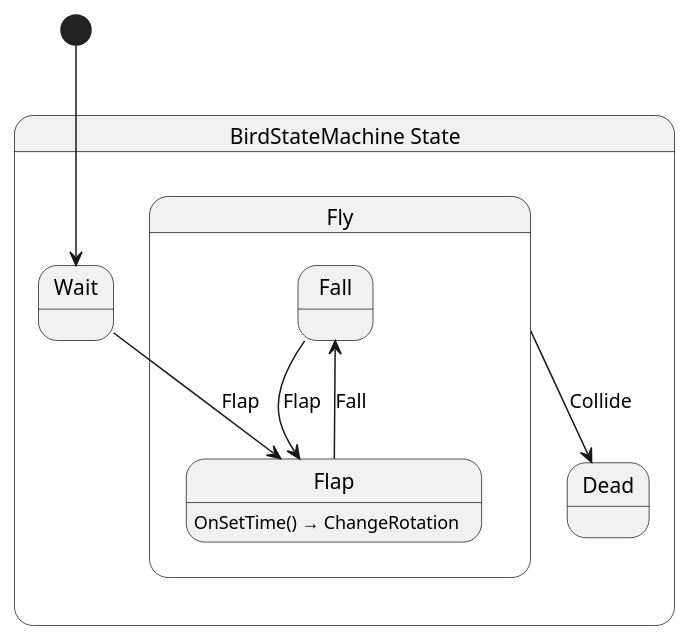
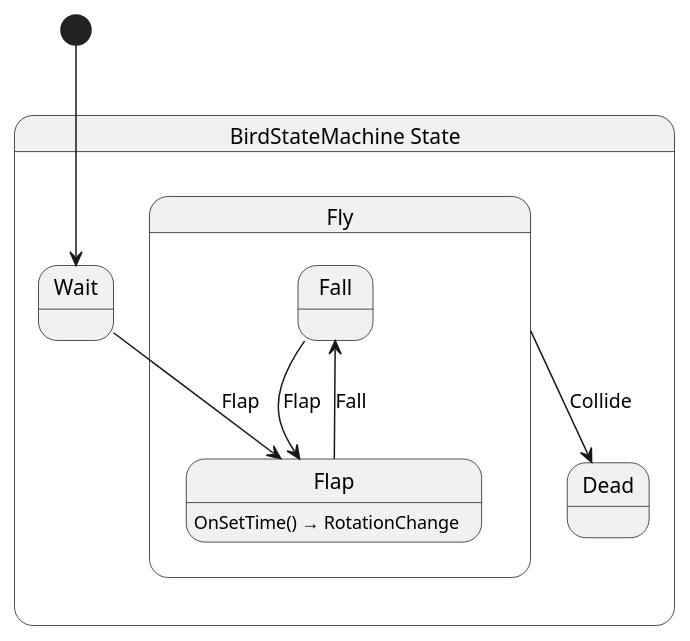
Before and after one commit to fm39hz/FlappyBirdGame: the diagram in src/Game/Creature/Bird/BirdStateMachine.g.puml, drawn with PlantUML. The commit also changed 3 other files, not shown here.

Commit message:
refactor(Bird): rename ChangeRotation to RotationChange

```diff
--- a/src/Game/Creature/Bird/BirdStateMachine.g.puml
+++ b/src/Game/Creature/Bird/BirdStateMachine.g.puml
@@ -1,19 +1,19 @@
 @startuml BirdStateMachine
 state "BirdStateMachine State" as FlappyBirdGame_Game_Creature_BirdStateMachine_State {
   state "Dead" as FlappyBirdGame_Game_Creature_BirdStateMachine_State_Dead
   state "Fly" as FlappyBirdGame_Game_Creature_BirdStateMachine_State_Fly {
     state "Fall" as FlappyBirdGame_Game_Creature_BirdStateMachine_State_Fly_Fall
     state "Flap" as FlappyBirdGame_Game_Creature_BirdStateMachine_State_Fly_Flap
   }
   state "Wait" as FlappyBirdGame_Game_Creature_BirdStateMachine_State_Wait
 }
 
 FlappyBirdGame_Game_Creature_BirdStateMachine_State_Fly --> FlappyBirdGame_Game_Creature_BirdStateMachine_State_Dead : Collide
 FlappyBirdGame_Game_Creature_BirdStateMachine_State_Fly_Fall --> FlappyBirdGame_Game_Creature_BirdStateMachine_State_Fly_Flap : Flap
 FlappyBirdGame_Game_Creature_BirdStateMachine_State_Fly_Flap --> FlappyBirdGame_Game_Creature_BirdStateMachine_State_Fly_Fall : Fall
 FlappyBirdGame_Game_Creature_BirdStateMachine_State_Wait --> FlappyBirdGame_Game_Creature_BirdStateMachine_State_Fly_Flap : Flap
 
-FlappyBirdGame_Game_Creature_BirdStateMachine_State_Fly_Flap : OnSetTime() → ChangeRotation
+FlappyBirdGame_Game_Creature_BirdStateMachine_State_Fly_Flap : OnSetTime() → RotationChange
 
 [*] --> FlappyBirdGame_Game_Creature_BirdStateMachine_State_Wait
 @enduml
```
